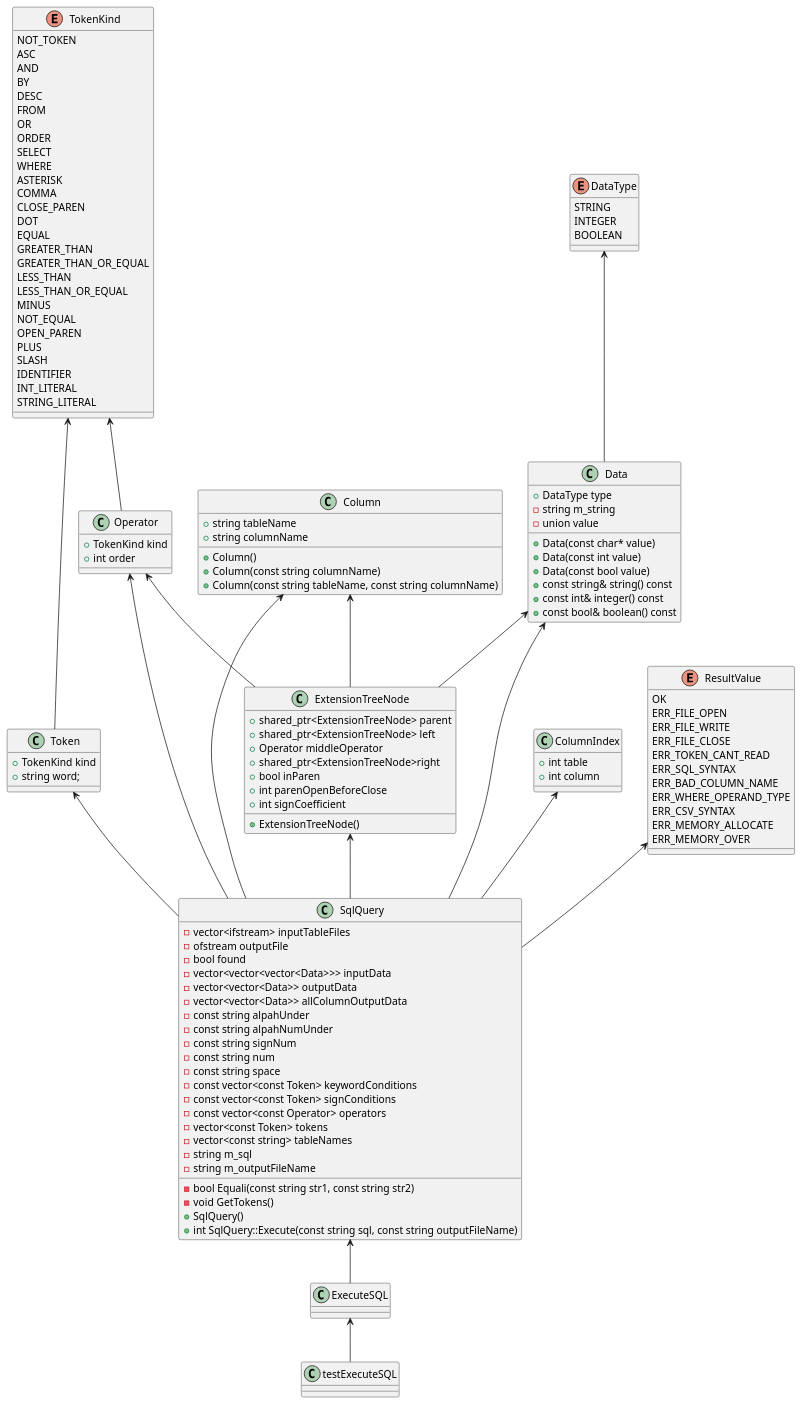
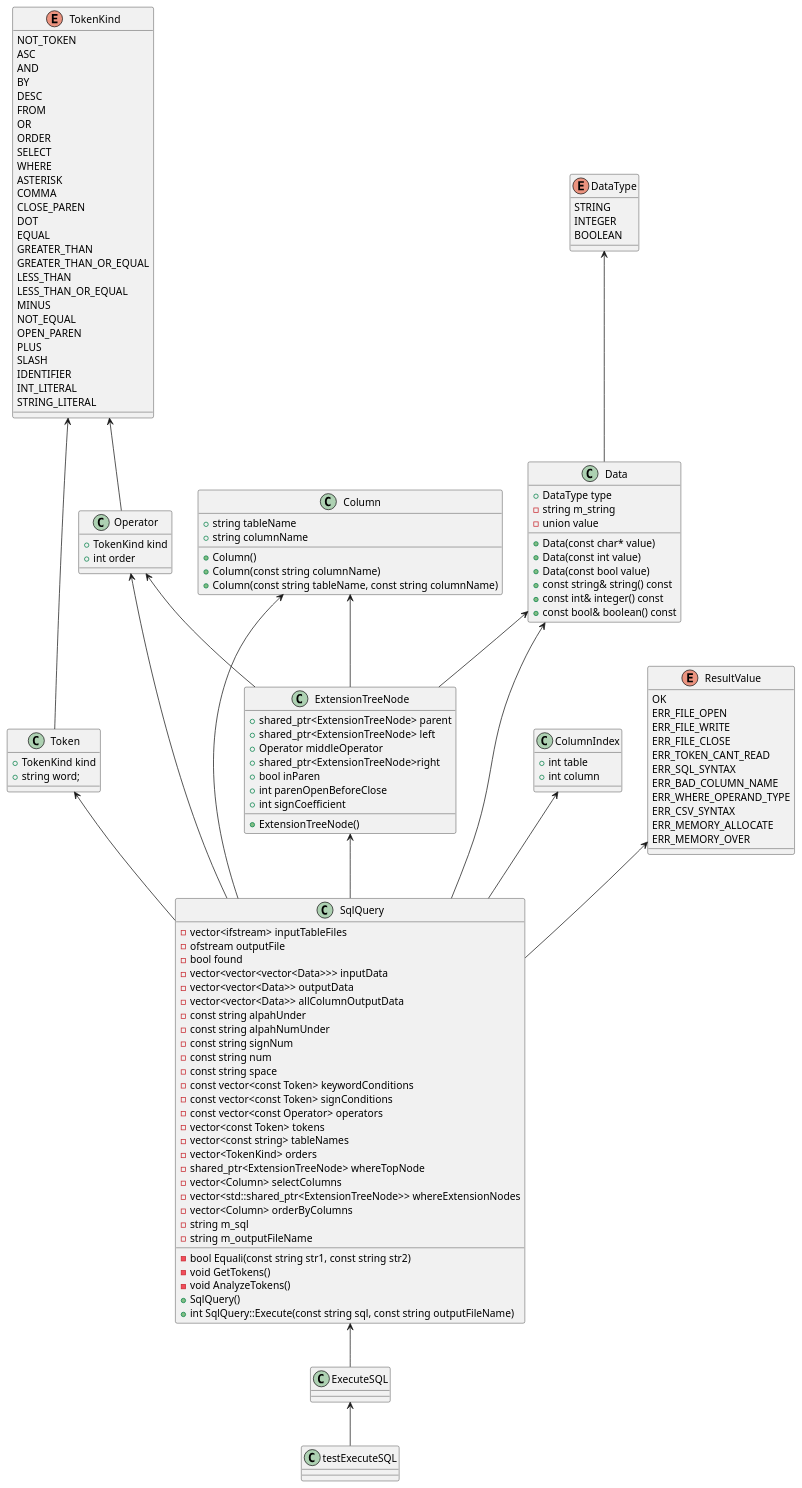
The diagram in ExecuteSQL.pu (yotten/TinySQL), drawn with PlantUML before and after one commit. The commit also changed 2 other files, not shown here.

Commit message:
128.AnalyzeTokensメソッドを切り分ける2
[----------] Global test environment tear-down
[==========] 213 tests from 1 test case ran. (5654 ms total)
[  PASSED  ] 213 tests.

```diff
--- a/ExecuteSQL.pu
+++ b/ExecuteSQL.pu
@@ -1,135 +1,141 @@
 @startuml
 
 class testExecuteSQL {}
 class SqlQuery {
 	-vector<ifstream> inputTableFiles
 	-ofstream outputFile
 	-bool found
 	-vector<vector<vector<Data>>> inputData
 	-vector<vector<Data>> outputData
 	-vector<vector<Data>> allColumnOutputData	
 	-const string alpahUnder
 	-const string alpahNumUnder
 	-const string signNum
 	-const string num
 	-const string space
 	-const vector<const Token> keywordConditions
 	-const vector<const Token> signConditions
 	-const vector<const Operator> operators
 	-vector<const Token> tokens
 	-vector<const string> tableNames
+	-vector<TokenKind> orders
+	-shared_ptr<ExtensionTreeNode> whereTopNode
+	-vector<Column> selectColumns
+	-vector<std::shared_ptr<ExtensionTreeNode>> whereExtensionNodes
+	-vector<Column> orderByColumns
 	-string m_sql
 	-string m_outputFileName
 	-bool Equali(const string str1, const string str2)
 	-void GetTokens()
+	-void AnalyzeTokens()
 	+SqlQuery()
 	+int SqlQuery::Execute(const string sql, const string outputFileName)
 }
 class ExecuteSQL {
 	
 }
 
 class Data {
     +DataType type
 	-string m_string
 	-union value
 	+Data(const char* value)
 	+Data(const int value)
 	+Data(const bool value)
 	+const string& string() const
 	+const int& integer() const
 	+const bool& boolean() const
 }
 class Operator{
     +TokenKind kind
     +int order
 }
 class Token{
     +TokenKind kind
     +string word;
 }
 class ExtensionTreeNode{
 	+shared_ptr<ExtensionTreeNode> parent
 	+shared_ptr<ExtensionTreeNode> left
 	+Operator middleOperator
 	+shared_ptr<ExtensionTreeNode>right
 	+bool inParen
 	+int parenOpenBeforeClose
 	+int signCoefficient
 	+ExtensionTreeNode()
 }
 class ColumnIndex{
     +int table
     +int column
 }
 class Column{
     +string tableName
     +string columnName
     +Column()
     +Column(const string columnName)
     +Column(const string tableName, const string columnName)
 }
 enum DataType{
    	STRING
 	INTEGER
 	BOOLEAN
 }
 enum TokenKind{
     NOT_TOKEN
 	ASC
 	AND
 	BY
 	DESC
 	FROM
 	OR
 	ORDER
 	SELECT
 	WHERE
 	ASTERISK
 	COMMA
 	CLOSE_PAREN
 	DOT
 	EQUAL
 	GREATER_THAN
 	GREATER_THAN_OR_EQUAL
 	LESS_THAN
 	LESS_THAN_OR_EQUAL
 	MINUS
 	NOT_EQUAL
 	OPEN_PAREN
 	PLUS
 	SLASH
 	IDENTIFIER
 	INT_LITERAL
 	STRING_LITERAL
 }
 enum ResultValue{
     OK
 	ERR_FILE_OPEN
 	ERR_FILE_WRITE
 	ERR_FILE_CLOSE
 	ERR_TOKEN_CANT_READ
 	ERR_SQL_SYNTAX
 	ERR_BAD_COLUMN_NAME
 	ERR_WHERE_OPERAND_TYPE
 	ERR_CSV_SYNTAX
 	ERR_MEMORY_ALLOCATE
 	ERR_MEMORY_OVER
 }
 
 ExecuteSQL <-- testExecuteSQL
 SqlQuery <-- ExecuteSQL
 Data <-- SqlQuery
 Operator <-- SqlQuery
 Token <-- SqlQuery
 ExtensionTreeNode <-- SqlQuery
 ColumnIndex <-- SqlQuery
 Column <-- SqlQuery
 ResultValue <-- SqlQuery
 DataType <-- Data
 TokenKind <-- Token
 TokenKind <-- Operator
 Operator <-- ExtensionTreeNode
 Column <-- ExtensionTreeNode
 Data <-- ExtensionTreeNode
 @enduml
```
